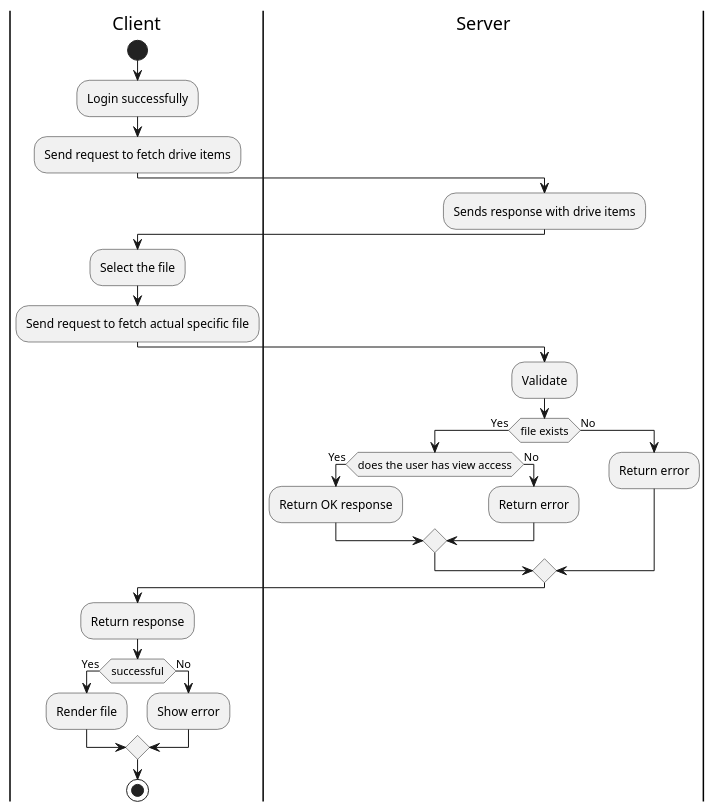
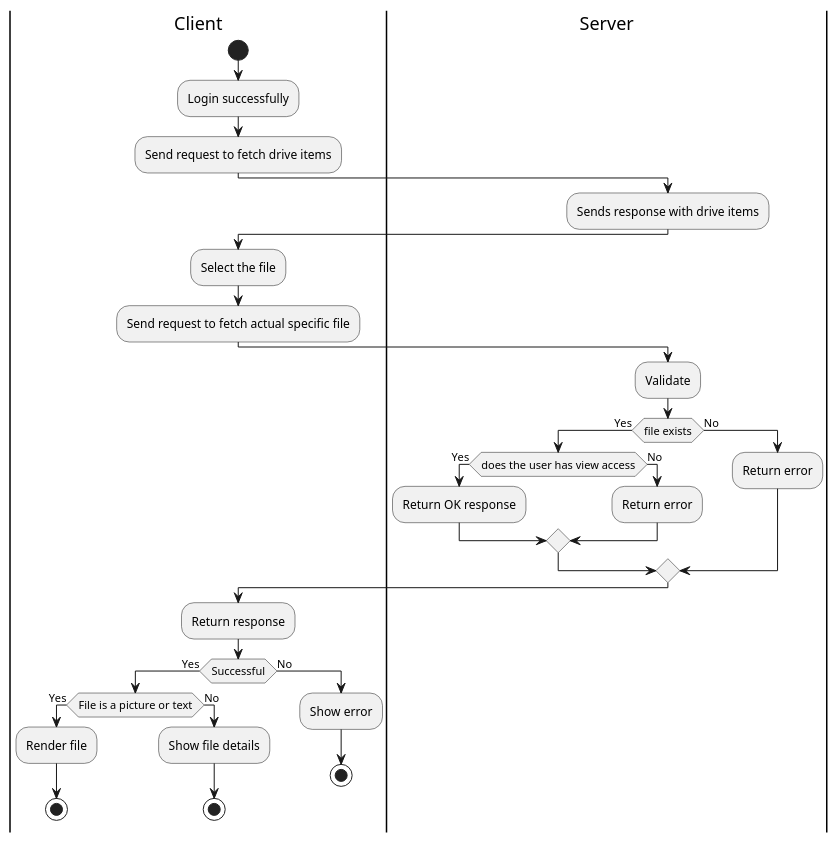
The diagram in docs/activity-diagrams/view-file.puml (hakanyildizhan/pwr-22-spring-css-ii-st-gpp), drawn with PlantUML before and after one commit. The commit also changed 2 other files, not shown here.

```diff
--- a/docs/activity-diagrams/view-file.puml
+++ b/docs/activity-diagrams/view-file.puml
@@ -1,37 +1,45 @@
-@startuml
+@startuml View File
 |Client|
 start
 |Client|
 :Login successfully;
 :Send request to fetch drive items;
 |Server|
 :Sends response with drive items;
 |Client|
 :Select the file;
 :Send request to fetch actual specific file;
 |Server|
 :Validate;
 if (file exists) then
  ->Yes;
  if (does the user has view access) then
   ->Yes;
   :Return OK response;
  else
   ->No;
   :Return error;
  endif
 else
  -> No;
  :Return error;
 endif
 |Client|
 :Return response;
-if(successful) then
-->Yes;
-:Render file;
+if(Successful) then
+ ->Yes;
+ if(File is a picture or text) then
+  ->Yes;
+  :Render file;
+  stop
+ else
+  ->No;
+  :Show file details;
+  stop
+ endif
 else
-->No;
-:Show error;
+ ->No;
+ :Show error;
+ stop
 endif
-stop
 @enduml
```
